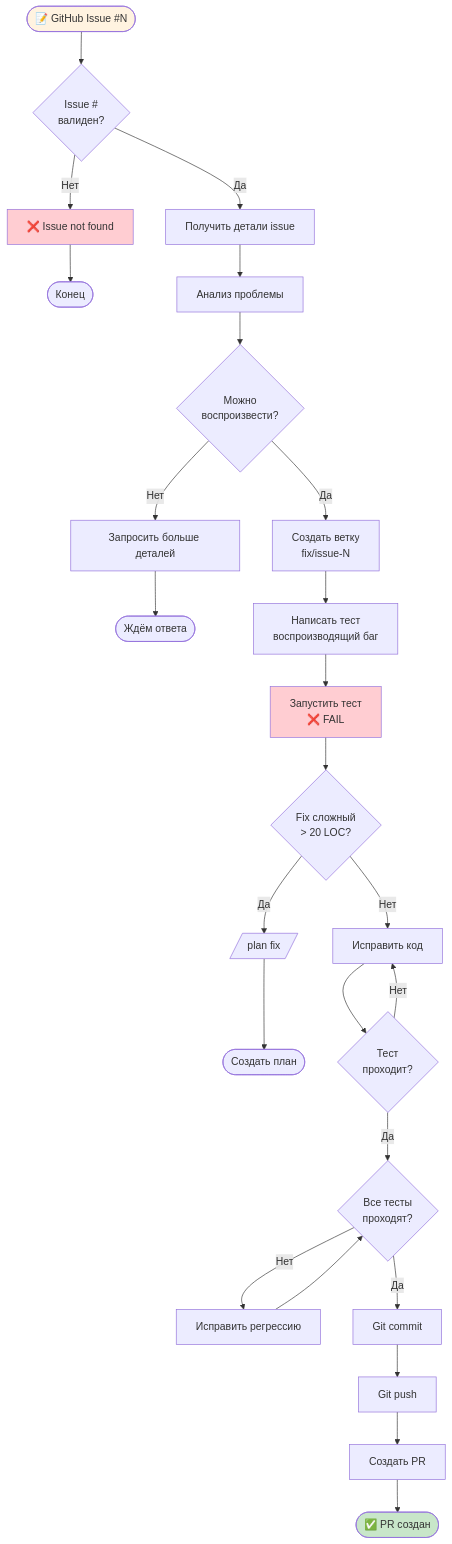
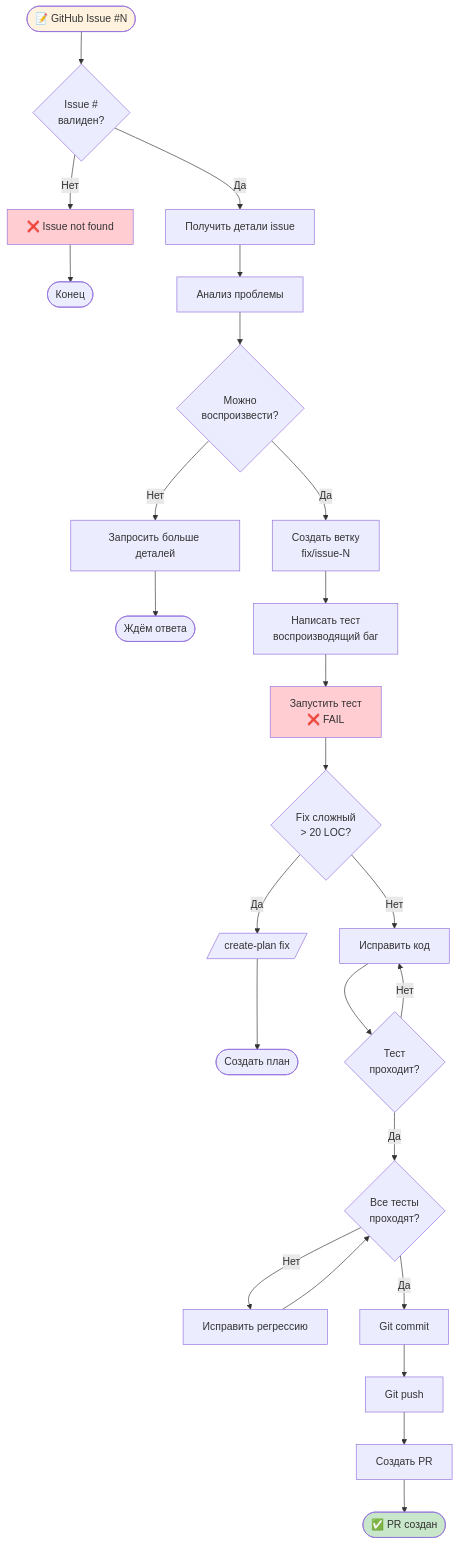
Before and after one commit to nikitaCodeSave/Claude-Code-Kit: the fifth of 12 diagrams in SCENARIOS.md, drawn with Mermaid. The commit also changed other lines of this file and 11 other files, not shown here.

First line of the commit message:
refactor: rename /plan to /create-plan

````diff
--- a/SCENARIOS.md
+++ b/SCENARIOS.md
@@ -240,44 +240,44 @@
 ```mermaid
 flowchart TD
     START([📝 GitHub Issue #N]) --> VALIDATE{Issue #<br/>валиден?}
     
     VALIDATE -->|Нет| ERROR[❌ Issue not found]
     ERROR --> END_FAIL([Конец])
     
     VALIDATE -->|Да| FETCH[Получить детали issue]
     FETCH --> ANALYZE[Анализ проблемы]
     
     ANALYZE --> REPRODUCE{Можно<br/>воспроизвести?}
     
     REPRODUCE -->|Нет| ASK_DETAILS[Запросить больше деталей]
     ASK_DETAILS --> END_WAIT([Ждём ответа])
     
     REPRODUCE -->|Да| BRANCH[Создать ветку<br/>fix/issue-N]
     
     BRANCH --> WRITE_TEST[Написать тест<br/>воспроизводящий баг]
     WRITE_TEST --> RUN_TEST_FAIL[Запустить тест<br/>❌ FAIL]
     
     RUN_TEST_FAIL --> COMPLEXITY{Fix сложный<br/>> 20 LOC?}
     
-    COMPLEXITY -->|Да| ESCALATE[/plan fix/]
+    COMPLEXITY -->|Да| ESCALATE[/create-plan fix/]
     ESCALATE --> END_PLAN([Создать план])
     
     COMPLEXITY -->|Нет| FIX[Исправить код]
     FIX --> RUN_TEST_PASS{Тест<br/>проходит?}
     
     RUN_TEST_PASS -->|Нет| FIX
     RUN_TEST_PASS -->|Да| RUN_ALL{Все тесты<br/>проходят?}
     
     RUN_ALL -->|Нет| FIX_REGRESSION[Исправить регрессию]
     FIX_REGRESSION --> RUN_ALL
     
     RUN_ALL -->|Да| COMMIT[Git commit]
     COMMIT --> PUSH[Git push]
     PUSH --> PR[Создать PR]
     PR --> DONE([✅ PR создан])
     
     style START fill:#fff3e0
     style DONE fill:#c8e6c9
     style ERROR fill:#ffcdd2
     style RUN_TEST_FAIL fill:#ffcdd2
 ```
````
